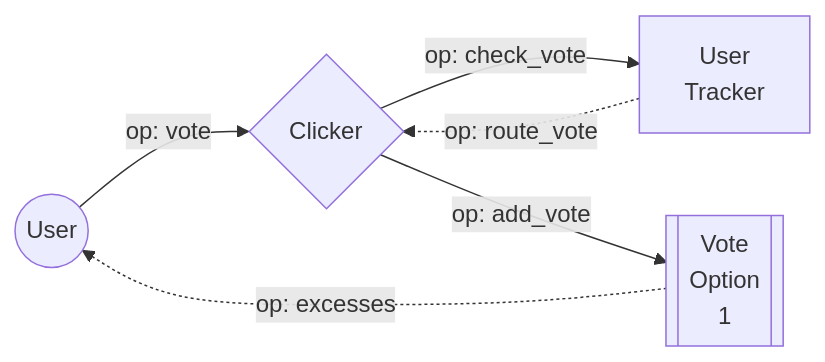
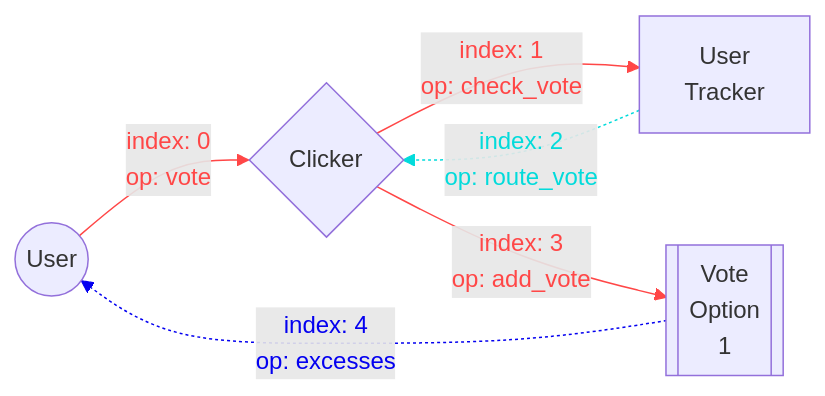
One commit to sikvelsigma/ton-template changed the sixth of 7 diagrams in docs/task.md. Above: the diagram before and after it, drawn with Mermaid. The commit also changed other lines of this file and 1 other file, not shown here.

````diff
--- a/docs/task.md
+++ b/docs/task.md
@@ -150,13 +150,20 @@
 ```mermaid
 flowchart LR
 	A0(("User"))
 	A1{"Clicker"}
 	A2["User<br/>Tracker"]
 	A3[["Vote<br/>Option<br/>1"]]
 
-	A0 --> |op: vote|A1
-	A1 --> |op: check_vote|A2
-	A2 -.-> |op: route_vote|A1
-	A1 --> |op: add_vote|A3
-    A3 -.-> |op: excesses|A0
+	A0 --> |index: 0<br/>op: vote|A1
+	A1 --> |index: 1<br/>op: check_vote|A2
+	A2 -.-> |index: 2<br/>op: route_vote|A1
+	A1 --> |index: 3<br/>op: add_vote|A3
+    A3 -.-> |index: 4<br/>op: excesses|A0
+
+	linkStyle 0 stroke:#ff4747,color:#ff4747
+	linkStyle 1 stroke:#ff4747,color:#ff4747
+	linkStyle 2 stroke:#02dbdb,color:#02dbdb
+	linkStyle 3 stroke:#ff4747,color:#ff4747
+	linkStyle 4 stroke:#0400f0,color:#0400f0
+
 ```
````
